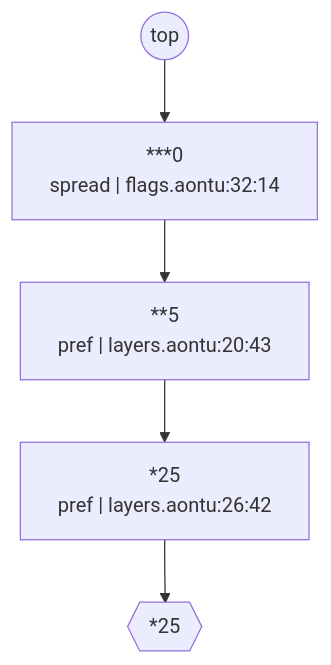
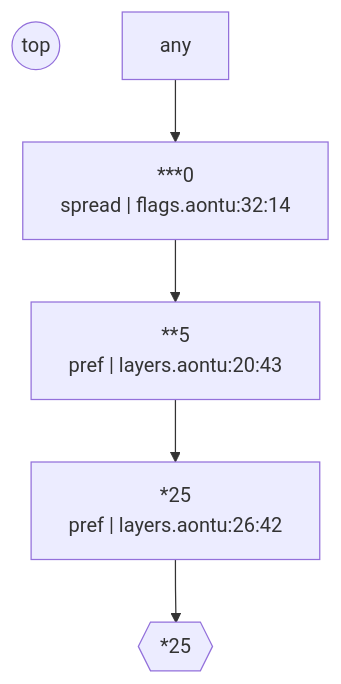
The diagram in use-cases/08-feature-flags/README.md (aontu-lang/aontu), drawn with Mermaid before and after one commit. The commit also changed other lines of this file and 336 other files, not shown here.

````diff
--- a/use-cases/08-feature-flags/README.md
+++ b/use-cases/08-feature-flags/README.md
@@ -128,12 +128,12 @@
 ```mermaid
 graph TD
   top(("top"))
   c0["***0<br/>spread | flags.aontu:32:14"]
   c1["**5<br/>pref | layers.aontu:20:43"]
   c2["*25<br/>pref | layers.aontu:26:42"]
   val{{"*25"}}
-  top --> c0
+  any --> c0
   c0 --> c1
   c1 --> c2
   c2 --> val
 ```
````
